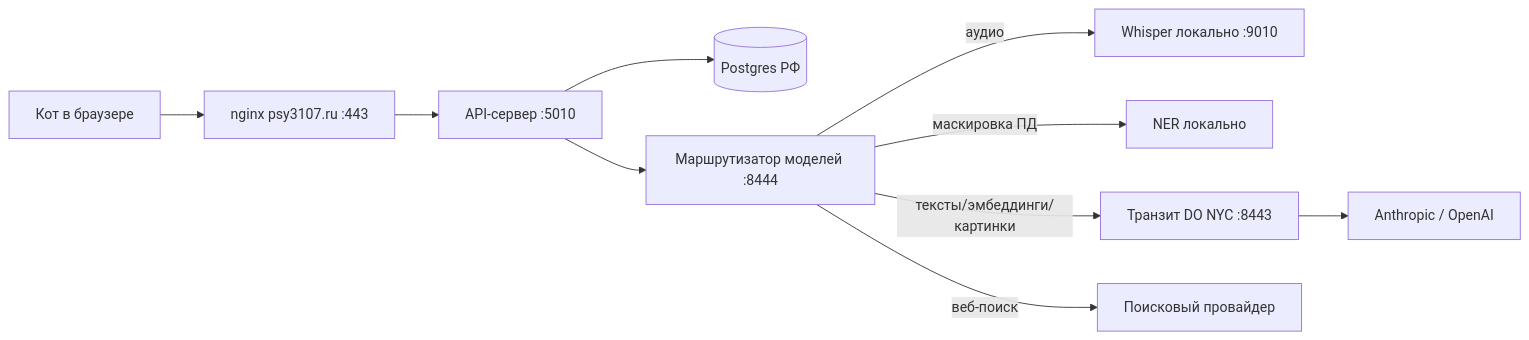
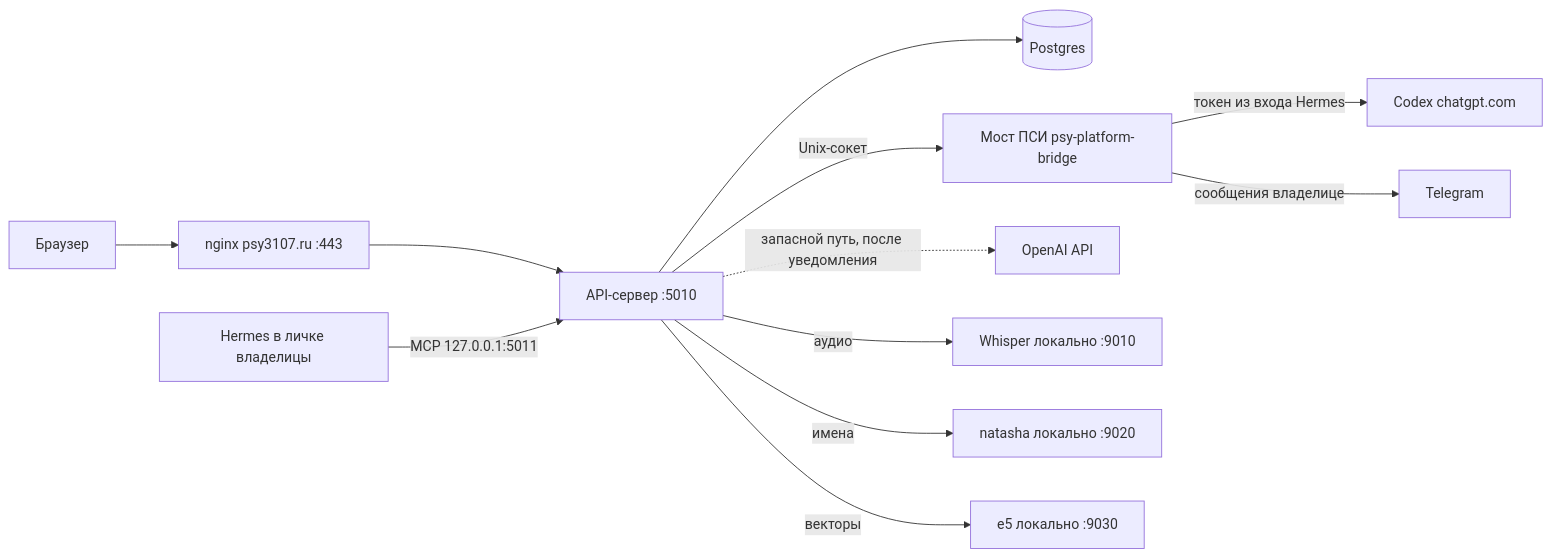
One commit to vikkyduck/Kotu changed the diagram in ARCHITECTURE.md. Above: the diagram before and after it, drawn with Mermaid. The commit also changed other lines of this file and 10 other files, not shown here.

````diff
--- a/ARCHITECTURE.md
+++ b/ARCHITECTURE.md
@@ -120,12 +124,14 @@
 ```mermaid
 graph LR
-  A[Кот в браузере] --> B[nginx psy3107.ru :443]
+  A[Браузер] --> B[nginx psy3107.ru :443]
   B --> C[API-сервер :5010]
-  C --> D[(Postgres РФ)]
-  C --> E[Маршрутизатор моделей :8444]
-  E -->|аудио| F[Whisper локально :9010]
-  E -->|маскировка ПД| G[NER локально]
-  E -->|тексты/эмбеддинги/картинки| H[Транзит DO NYC :8443]
-  H --> I[Anthropic / OpenAI]
-  E -->|веб-поиск| J[Поисковый провайдер]
+  C --> D[(Postgres)]
+  C -->|Unix-сокет| E[Мост ПСИ psy-platform-bridge]
+  E -->|токен из входа Hermes| F[Codex chatgpt.com]
+  C -.->|запасной путь, после уведомления| G[OpenAI API]
+  E -->|сообщения владелице| H[Telegram]
+  C -->|аудио| I[Whisper локально :9010]
+  C -->|имена| J[natasha локально :9020]
+  C -->|векторы| K[e5 локально :9030]
+  L[Hermes в личке владелицы] -->|MCP 127.0.0.1:5011| C
 ```
````
